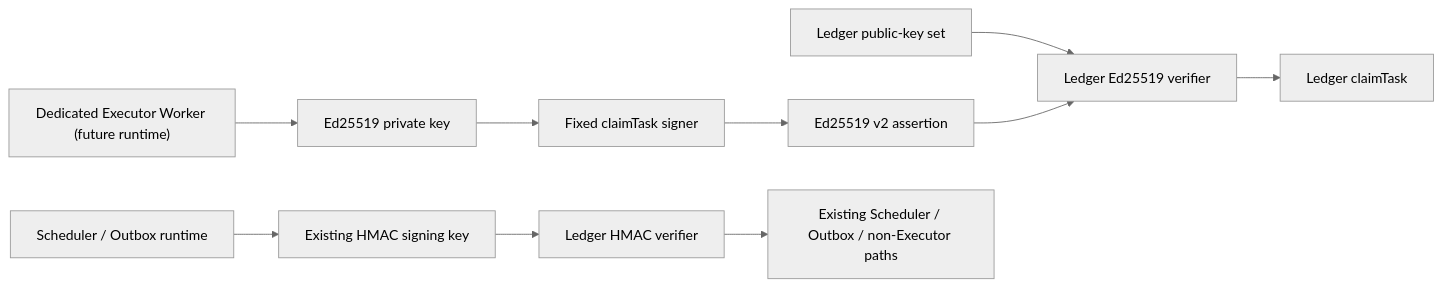
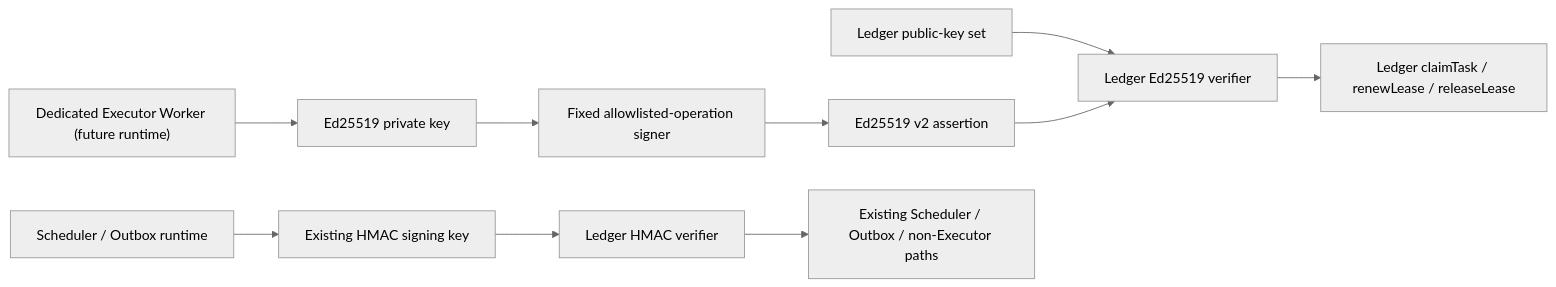
The diagram in docs/specs/2026-11-23-executor-ed25519-verification-contract.md (mohammadrezayaghoobi123-dev/Chat-gpt), drawn with Mermaid (neutral theme) before and after one commit. The commit also changed other lines of this file, not shown here.

Commit message:
docs(orchestrator): specify three-operation Executor lease policy

```diff
--- a/docs/specs/2026-11-23-executor-ed25519-verification-contract.md
+++ b/docs/specs/2026-11-23-executor-ed25519-verification-contract.md
@@ -23,12 +23,12 @@
 ~~~mermaid
 flowchart LR
   Scheduler["Scheduler / Outbox runtime"] --> HMAC["Existing HMAC signing key"]
   HMAC --> HMACVerify["Ledger HMAC verifier"]
   Executor["Dedicated Executor Worker (future runtime)"] --> Private["Ed25519 private key"]
-  Private --> Sign["Fixed claimTask signer"]
+  Private --> Sign["Fixed allowlisted-operation signer"]
   Sign --> Token["Ed25519 v2 assertion"]
   Public["Ledger public-key set"] --> Verify["Ledger Ed25519 verifier"]
   Token --> Verify
-  Verify --> Claim["Ledger claimTask"]
+  Verify --> Claim["Ledger claimTask / renewLease / releaseLease"]
   HMACVerify --> Legacy["Existing Scheduler / Outbox / non-Executor paths"]
 ~~~
```
